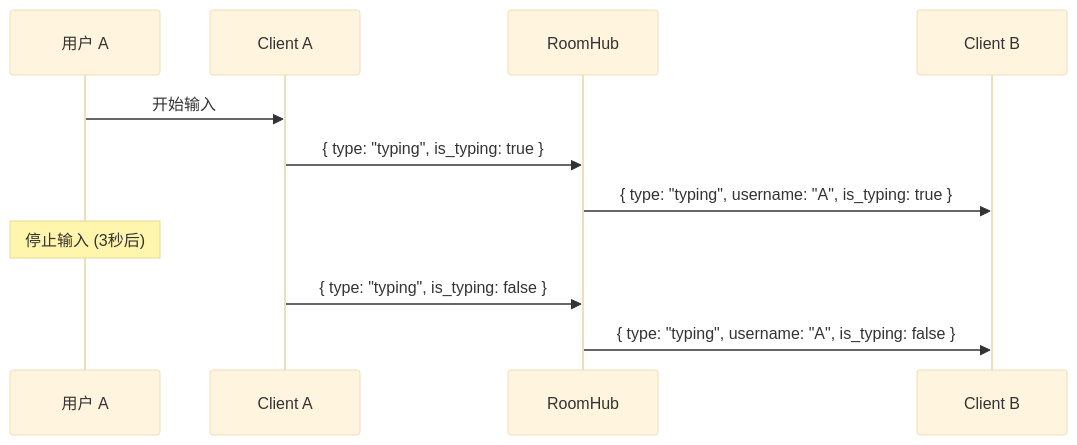
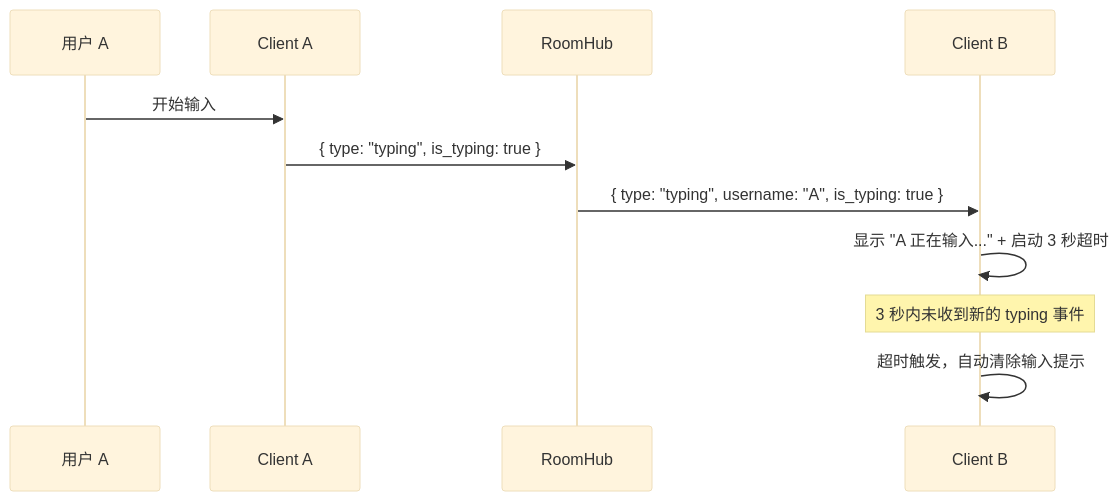
The fifth of 5 diagrams in docs/architecture/data-flow.md (build-workbench/chatroom), drawn with Mermaid (base theme) before and after one commit. The commit also changed other lines of this file, not shown here.

First line of the commit message:
docs: fix typing flow diagram and add message processor to flow

````diff
--- a/docs/architecture/data-flow.md
+++ b/docs/architecture/data-flow.md
@@ -102,15 +106,15 @@
 ```mermaid
 sequenceDiagram
     participant UserA as 用户 A
     participant ClientA as Client A
     participant Hub as RoomHub
     participant ClientB as Client B
 
     UserA->>ClientA: 开始输入
     ClientA->>Hub: { type: "typing", is_typing: true }
     Hub->>ClientB: { type: "typing", username: "A", is_typing: true }
+    ClientB->>ClientB: 显示 "A 正在输入..." + 启动 3 秒超时
     
-    Note over UserA: 停止输入 (3秒后)
-    ClientA->>Hub: { type: "typing", is_typing: false }
-    Hub->>ClientB: { type: "typing", username: "A", is_typing: false }
+    Note over ClientB: 3 秒内未收到新的 typing 事件
+    ClientB->>ClientB: 超时触发，自动清除输入提示
 ```
````
